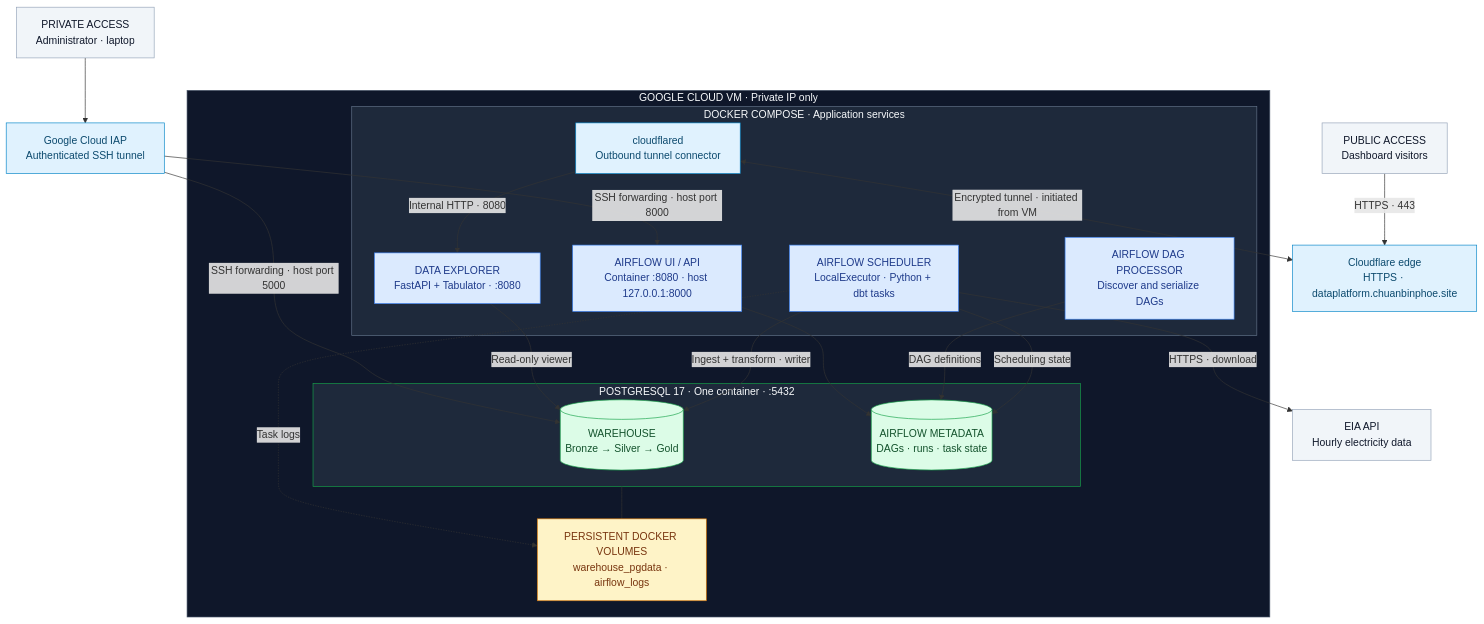
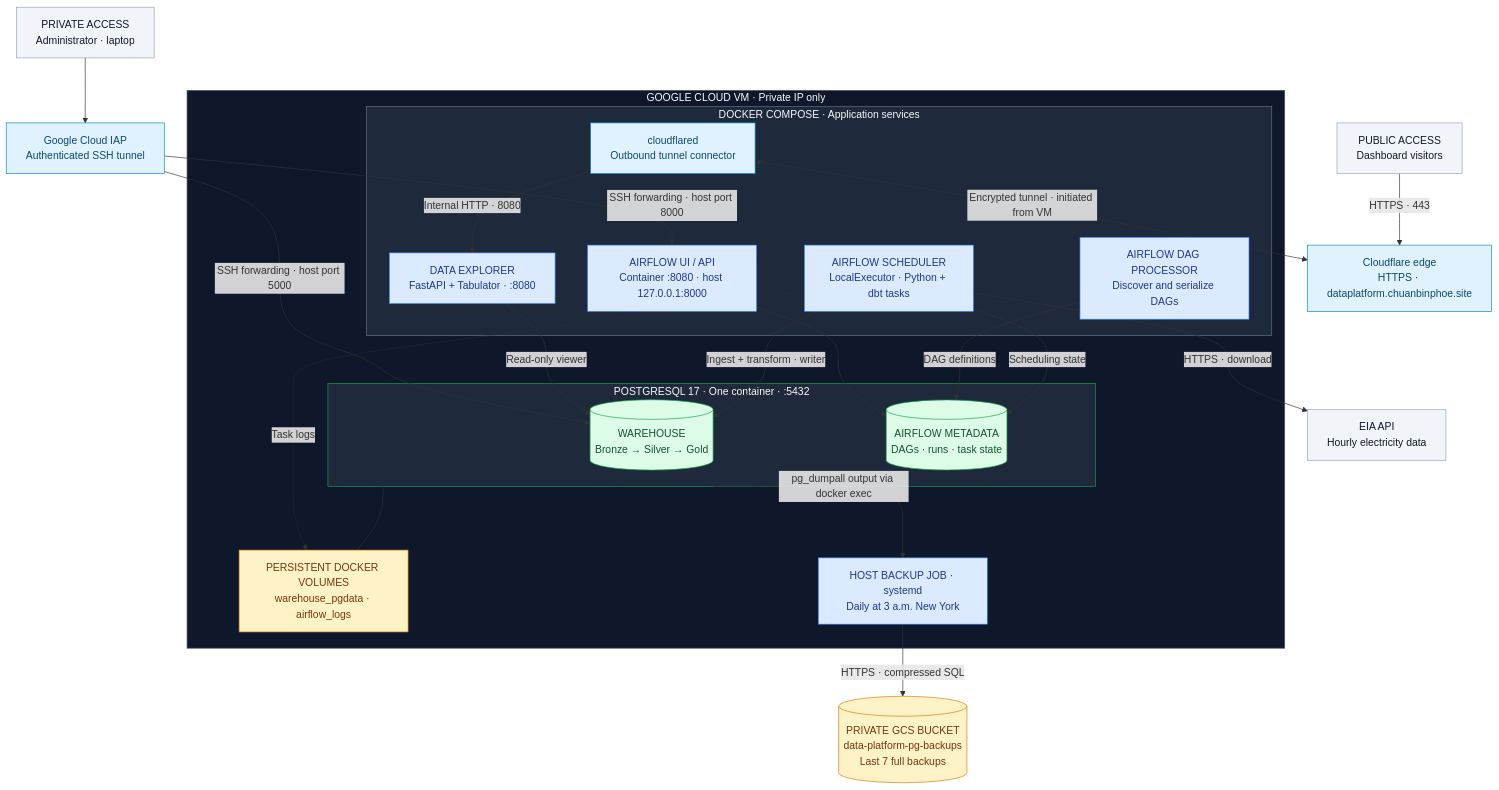
The first of 3 diagrams in README.md (chuanbinp/data-platform), drawn with Mermaid before and after one commit.

Commit message:
Add backup to services archi diagram

````diff
--- a/README.md
+++ b/README.md
@@ -46,52 +46,56 @@
 ```mermaid
 flowchart TB
     visitor["PUBLIC ACCESS<br/>Dashboard visitors"]
     edge["Cloudflare edge<br/>HTTPS · dataplatform.chuanbinphoe.site"]
     admin["PRIVATE ACCESS<br/>Administrator · laptop"]
     iap["Google Cloud IAP<br/>Authenticated SSH tunnel"]
     eia["EIA API<br/>Hourly electricity data"]
+    backups[("PRIVATE GCS BUCKET<br/>data-platform-pg-backups<br/>Last 7 full backups")]
 
     subgraph vm["GOOGLE CLOUD VM · Private IP only"]
         subgraph services["DOCKER COMPOSE · Application services"]
             connector["cloudflared<br/>Outbound tunnel connector"]
             dashboard["DATA EXPLORER<br/>FastAPI + Tabulator · :8080"]
             api["AIRFLOW UI / API<br/>Container :8080 · host 127.0.0.1:8000"]
             scheduler["AIRFLOW SCHEDULER<br/>LocalExecutor · Python + dbt tasks"]
             processor["AIRFLOW DAG PROCESSOR<br/>Discover and serialize DAGs"]
         end
         subgraph database["POSTGRESQL 17 · One container · :5432"]
             warehouse[("WAREHOUSE<br/>Bronze → Silver → Gold")]
             metadata[("AIRFLOW METADATA<br/>DAGs · runs · task state")]
         end
         storage["PERSISTENT DOCKER VOLUMES<br/>warehouse_pgdata · airflow_logs"]
+        backup["HOST BACKUP JOB · systemd<br/>Daily at 3 a.m. New York"]
     end
 
     visitor -->|HTTPS · 443| edge
     connector <-->|Encrypted tunnel · initiated from VM| edge
     connector -->|Internal HTTP · 8080| dashboard
     admin --> iap
     iap -->|SSH forwarding · host port 8000| api
     iap -->|SSH forwarding · host port 5000| warehouse
     dashboard -->|Read-only viewer| warehouse
     api --> metadata
     processor -->|DAG definitions| metadata
     scheduler -->|Scheduling state| metadata
     scheduler -->|HTTPS · download| eia
     scheduler -->|Ingest + transform · writer| warehouse
     database --- storage
+    database -->|pg_dumpall output via docker exec| backup
+    backup -->|HTTPS · compressed SQL| backups
     scheduler -. Task logs .-> storage
 
     classDef external fill:#f1f5f9,stroke:#94a3b8,color:#0f172a
     classDef access fill:#e0f2fe,stroke:#0284c7,color:#0c4a6e
     classDef app fill:#dbeafe,stroke:#3b82f6,color:#1e3a8a
     classDef data fill:#dcfce7,stroke:#16a34a,color:#14532d
     classDef disk fill:#fef3c7,stroke:#d97706,color:#78350f
     class visitor,admin,eia external
     class edge,iap,connector access
-    class dashboard,api,scheduler,processor app
+    class dashboard,api,scheduler,processor,backup app
     class warehouse,metadata data
-    class storage disk
+    class storage,backups disk
     style vm fill:#0f172a,stroke:#475569,color:#f8fafc
     style services fill:#1e293b,stroke:#64748b,color:#f8fafc
     style database fill:#1e293b,stroke:#16a34a,color:#f8fafc
 ```
````
